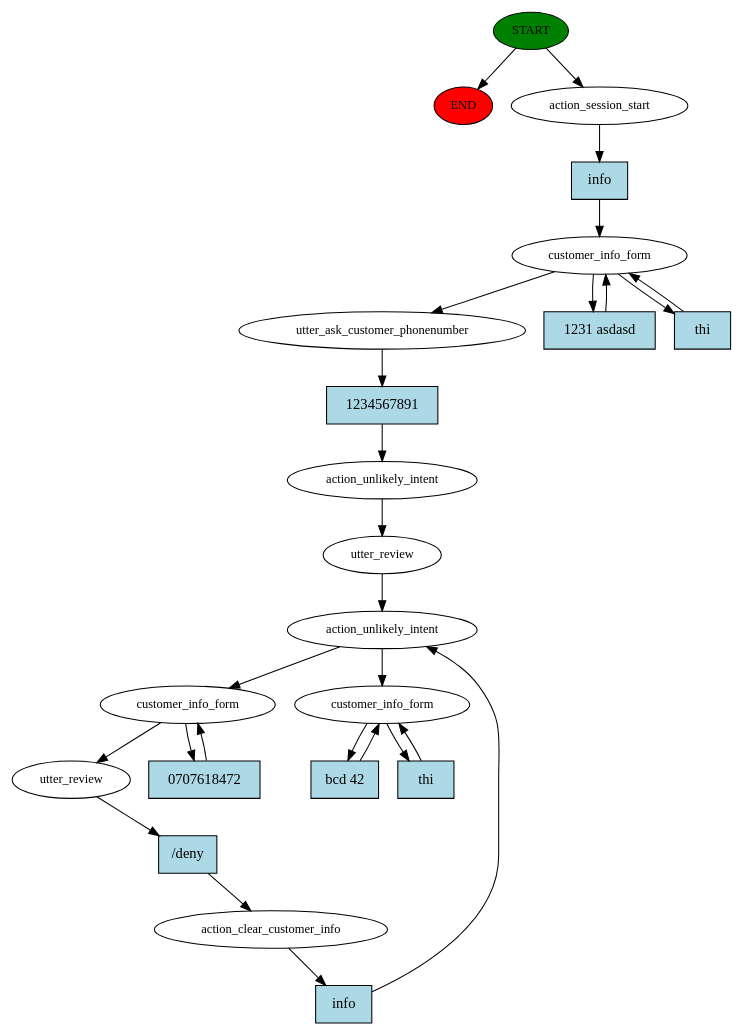
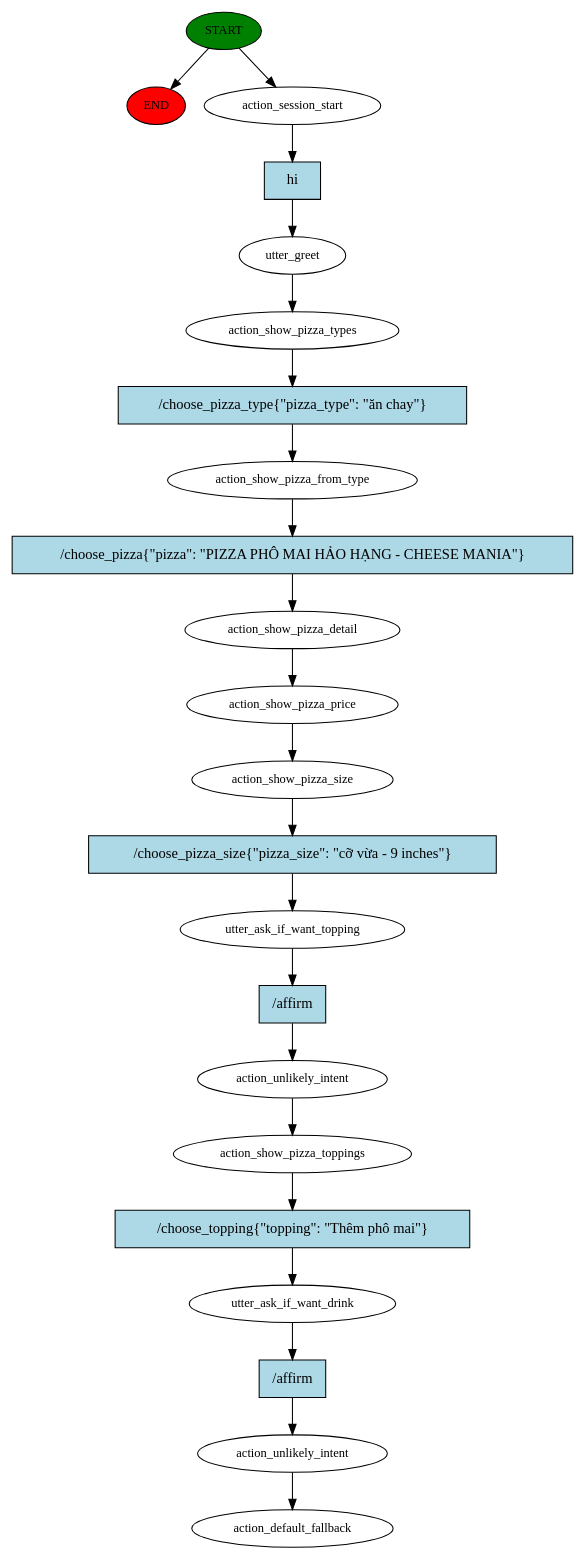
The diagram in Chatbot/story_graph.dot (ThanhTrung2001/ChatBot_Rasa_With_RasaX), drawn with Graphviz before and after one commit. The commit also changed 9 other files, not shown here.

```diff
--- a/Chatbot/story_graph.dot
+++ b/Chatbot/story_graph.dot
@@ -1,49 +1,45 @@
 digraph  {
 0 [class="start active", fillcolor=green, fontsize=12, label=START, style=filled];
 "-1" [class=end, fillcolor=red, fontsize=12, label=END, style=filled];
 1 [class=active, fontsize=12, label=action_session_start];
-2 [class=active, fontsize=12, label=customer_info_form];
-5 [class=active, fontsize=12, label=utter_ask_customer_phonenumber];
-6 [class=active, fontsize=12, label=action_unlikely_intent];
-7 [class=active, fontsize=12, label=utter_review];
-8 [class=active, fontsize=12, label=action_unlikely_intent];
-9 [class=active, fontsize=12, label=customer_info_form];
-11 [class=active, fontsize=12, label=utter_review];
-12 [class=active, fontsize=12, label=action_clear_customer_info];
-14 [class="active dashed", fontsize=12, label=customer_info_form];
-17 [class="intent active", fillcolor=lightblue, label=info, shape=rect, style=filled];
-18 [class="intent active", fillcolor=lightblue, label="1231 asdasd", shape=rect, style=filled];
-19 [class="intent active", fillcolor=lightblue, label=thi, shape=rect, style=filled];
-20 [class="intent active", fillcolor=lightblue, label=1234567891, shape=rect, style=filled];
-21 [class="intent active", fillcolor=lightblue, label=0707618472, shape=rect, style=filled];
-22 [class="intent active", fillcolor=lightblue, label="/deny", shape=rect, style=filled];
-23 [class="intent active", fillcolor=lightblue, label=info, shape=rect, style=filled];
-24 [class="intent active", fillcolor=lightblue, label="bcd 42", shape=rect, style=filled];
-25 [class="intent active", fillcolor=lightblue, label=thi, shape=rect, style=filled];
+2 [class=active, fontsize=12, label=utter_greet];
+3 [class=active, fontsize=12, label=action_show_pizza_types];
+4 [class=active, fontsize=12, label=action_show_pizza_from_type];
+5 [class=active, fontsize=12, label=action_show_pizza_detail];
+6 [class=active, fontsize=12, label=action_show_pizza_price];
+7 [class=active, fontsize=12, label=action_show_pizza_size];
+8 [class=active, fontsize=12, label=utter_ask_if_want_topping];
+9 [class=active, fontsize=12, label=action_unlikely_intent];
+10 [class=active, fontsize=12, label=action_show_pizza_toppings];
+11 [class=active, fontsize=12, label=utter_ask_if_want_drink];
+12 [class=active, fontsize=12, label=action_unlikely_intent];
+13 [class="dashed active", fontsize=12, label=action_default_fallback];
+14 [class="intent active", fillcolor=lightblue, label=hi, shape=rect, style=filled];
+15 [class="intent active", fillcolor=lightblue, label="/choose_pizza_type{\"pizza_type\": \"ăn chay\"}", shape=rect, style=filled];
+16 [class="intent active", fillcolor=lightblue, label="/choose_pizza{\"pizza\": \"PIZZA PHÔ MAI HẢO HẠNG - CHEESE MANIA\"}", shape=rect, style=filled];
+17 [class="intent active", fillcolor=lightblue, label="/choose_pizza_size{\"pizza_size\": \"cỡ vừa - 9 inches\"}", shape=rect, style=filled];
+18 [class="intent active", fillcolor=lightblue, label="/affirm", shape=rect, style=filled];
+19 [class="intent active", fillcolor=lightblue, label="/choose_topping{\"topping\": \"Thêm phô mai\"}", shape=rect, style=filled];
+20 [class="intent active", fillcolor=lightblue, label="/affirm", shape=rect, style=filled];
 0 -> "-1"  [class="", key=NONE, label=""];
 0 -> 1  [class=active, key=NONE, label=""];
-1 -> 17  [class=active, key=0];
-2 -> 5  [class=active, key=NONE, label=""];
-2 -> 18  [class=active, key=0];
-2 -> 19  [class=active, key=0];
-5 -> 20  [class=active, key=0];
+1 -> 14  [class=active, key=0];
+2 -> 3  [class=active, key=NONE, label=""];
+3 -> 15  [class=active, key=0];
+4 -> 16  [class=active, key=0];
+5 -> 6  [class=active, key=NONE, label=""];
 6 -> 7  [class=active, key=NONE, label=""];
-7 -> 8  [class=active, key=NONE, label=""];
-8 -> 9  [class=active, key=NONE, label=""];
-8 -> 14  [class=active, key=NONE, label=""];
-9 -> 11  [class=active, key=NONE, label=""];
-9 -> 21  [class=active, key=0];
-11 -> 22  [class=active, key=0];
-12 -> 23  [class=active, key=0];
-14 -> 24  [class=active, key=0];
-14 -> 25  [class=active, key=0];
-17 -> 2  [class=active, key=0];
-18 -> 2  [class=active, key=0];
-19 -> 2  [class=active, key=0];
-20 -> 6  [class=active, key=0];
-21 -> 9  [class=active, key=0];
-22 -> 12  [class=active, key=0];
-23 -> 8  [class=active, key=0];
-24 -> 14  [class=active, key=0];
-25 -> 14  [class=active, key=0];
+7 -> 17  [class=active, key=0];
+8 -> 18  [class=active, key=0];
+9 -> 10  [class=active, key=NONE, label=""];
+10 -> 19  [class=active, key=0];
+11 -> 20  [class=active, key=0];
+12 -> 13  [class=active, key=NONE, label=""];
+14 -> 2  [class=active, key=0];
+15 -> 4  [class=active, key=0];
+16 -> 5  [class=active, key=0];
+17 -> 8  [class=active, key=0];
+18 -> 9  [class=active, key=0];
+19 -> 11  [class=active, key=0];
+20 -> 12  [class=active, key=0];
 }
```
